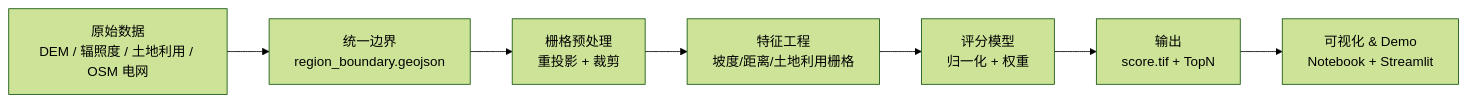
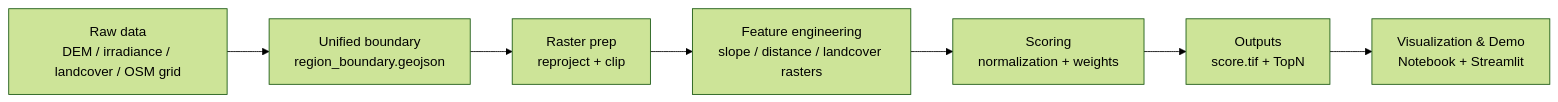
One commit to JustinUssuri/ai_renewable_site_demo changed the first of 2 diagrams in docs/architecture.md. Above: the diagram before and after it, drawn with Mermaid (forest theme). The commit also changed other lines of this file and 30 other files, not shown here.

````diff
--- a/docs/architecture.md
+++ b/docs/architecture.md
@@ -7,9 +6,9 @@
 ```mermaid
 flowchart LR
-    A[原始数据\nDEM / 辐照度 / 土地利用 / OSM 电网] --> B[统一边界\nregion_boundary.geojson]
-    B --> C[栅格预处理\n重投影 + 裁剪]
-    C --> D[特征工程\n坡度/距离/土地利用栅格]
-    D --> E[评分模型\n归一化 + 权重]
-    E --> F[输出\nscore.tif + TopN]
-    F --> G[可视化 & Demo\nNotebook + Streamlit]
+    A[Raw data\nDEM / irradiance / landcover / OSM grid] --> B[Unified boundary\nregion_boundary.geojson]
+    B --> C[Raster prep\nreproject + clip]
+    C --> D[Feature engineering\nslope / distance / landcover rasters]
+    D --> E[Scoring\nnormalization + weights]
+    E --> F[Outputs\nscore.tif + TopN]
+    F --> G[Visualization & Demo\nNotebook + Streamlit]
 ```
````
